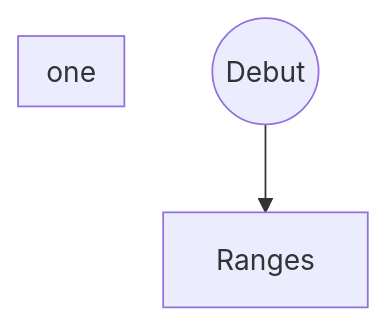
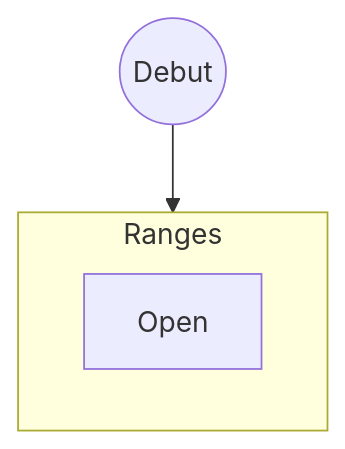
The diagram in _posts/2018-09-01-start.md (ilovepkr/beautiful-jekyll), drawn with Mermaid before and after one commit. The commit also changed other lines of this file, not shown here.

````diff
--- a/_posts/2018-09-01-start.md
+++ b/_posts/2018-09-01-start.md
@@ -62,6 +62,7 @@
 ```mermaid
 graph TB
 A((Debut)) --> Ranges
-subgraph one
+subgraph Ranges
+Open
 end
 ```
````
